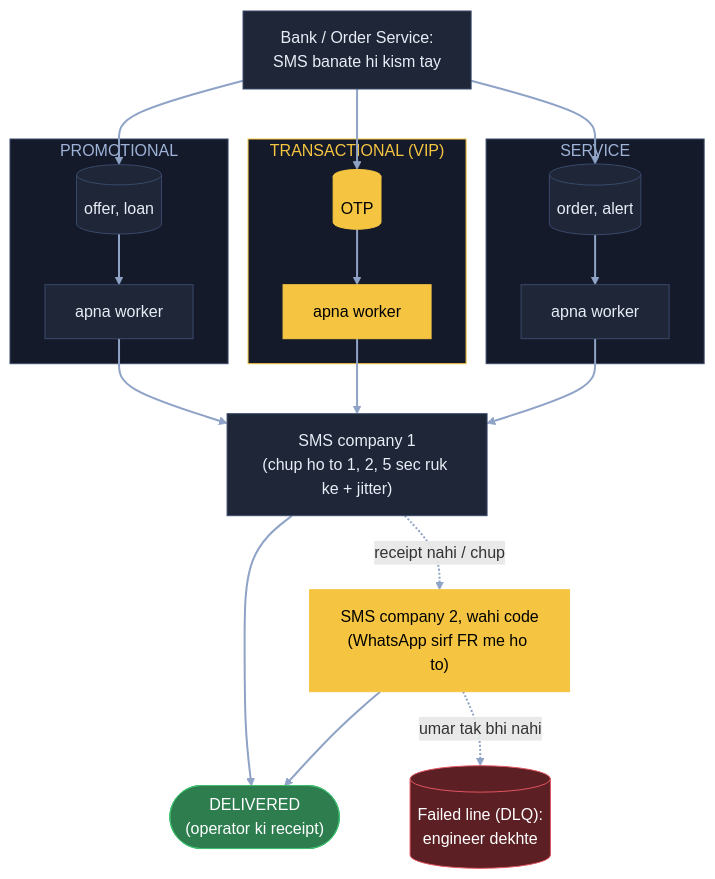
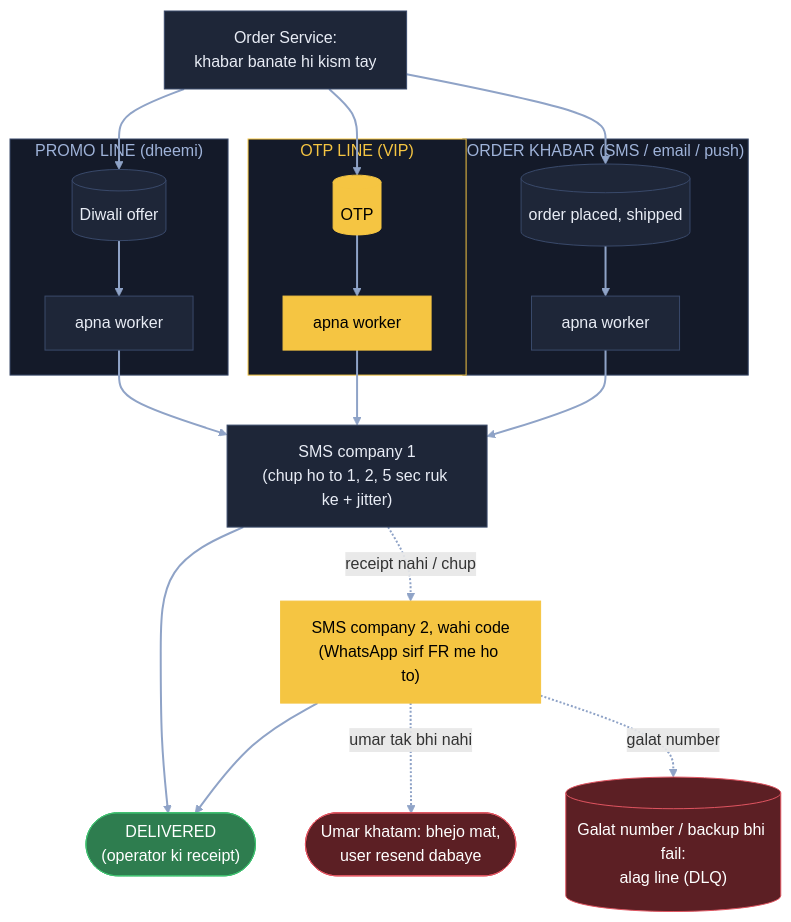
The tenth of 10 diagrams in 04_HLD/SYSTEM_DESIGNS/04_notification_system/04_notification_system.md (ArpanMaheshwari144/Prep), drawn with Mermaid before and after one commit. The commit also changed 4 other files, not shown here.

````diff
--- a/04_HLD/SYSTEM_DESIGNS/04_notification_system/04_notification_system.md
+++ b/04_HLD/SYSTEM_DESIGNS/04_notification_system/04_notification_system.md
@@ -376,35 +372,37 @@
 ```mermaid
 flowchart TB
-    B["Bank / Order Service:<br/>SMS banate hi kism tay"]:::card
-    subgraph PRL["PROMOTIONAL"]
-        PR[("offer, loan")]:::card --> WP["apna worker"]:::card
+    B["Order Service:<br/>khabar banate hi kism tay"]:::card
+    subgraph PRL["PROMO LINE (dheemi)"]
+        PR[("Diwali offer")]:::card --> WP["apna worker"]:::card
     end
-    subgraph TRL["TRANSACTIONAL (VIP)"]
+    subgraph TRL["OTP LINE (VIP)"]
         TR[("OTP")]:::pill --> WT["apna worker"]:::pill
     end
-    subgraph SVL["SERVICE"]
-        SV[("order, alert")]:::card --> WS["apna worker"]:::card
+    subgraph SVL["ORDER KHABAR (SMS / email / push)"]
+        SV[("order placed, shipped")]:::card --> WS["apna worker"]:::card
     end
     C1["SMS company 1<br/>(chup ho to 1, 2, 5 sec ruk ke + jitter)"]:::card
     C2["SMS company 2, wahi code<br/>(WhatsApp sirf FR me ho to)"]:::pill
     OK(["DELIVERED<br/>(operator ki receipt)"]):::good
-    DL[("Failed line (DLQ):<br/>engineer dekhte")]:::bad
+    EX(["Umar khatam: bhejo mat,<br/>user resend dabaye"]):::bad
+    DL[("Galat number / backup bhi fail:<br/>alag line (DLQ)")]:::bad
     B --> PR
     B --> TR
     B --> SV
     WP --> C1
     WT --> C1
     WS --> C1
     C1 --> OK
     C1 -. "receipt nahi / chup" .-> C2
     C2 --> OK
-    C2 -. "umar tak bhi nahi" .-> DL
+    C2 -. "umar tak bhi nahi" .-> EX
+    C2 -. "galat number" .-> DL
     linkStyle default stroke:#8fa3c7,stroke-width:2px
     classDef card fill:#1e2638,stroke:#3a4a6b,color:#e8ecf5
     classDef pill fill:#f5c542,stroke:#f5c542,color:#000
     classDef good fill:#2e7d4f,stroke:#3fbf6f,color:#fff
     classDef bad fill:#5c1f24,stroke:#e05561,color:#fff
     style PRL fill:#141a29,stroke:#3a4a6b,color:#9fb3d9
     style TRL fill:#141a29,stroke:#f5c542,color:#f5c542
     style SVL fill:#141a29,stroke:#3a4a6b,color:#9fb3d9
 ```
````
